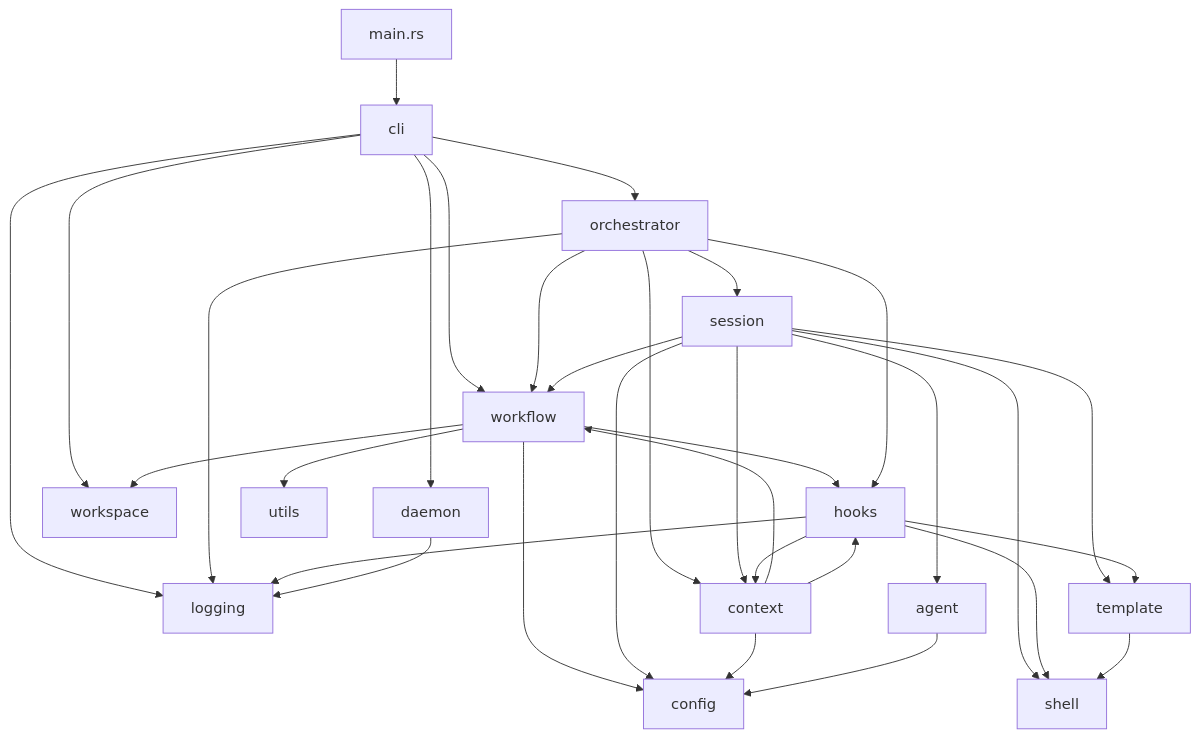
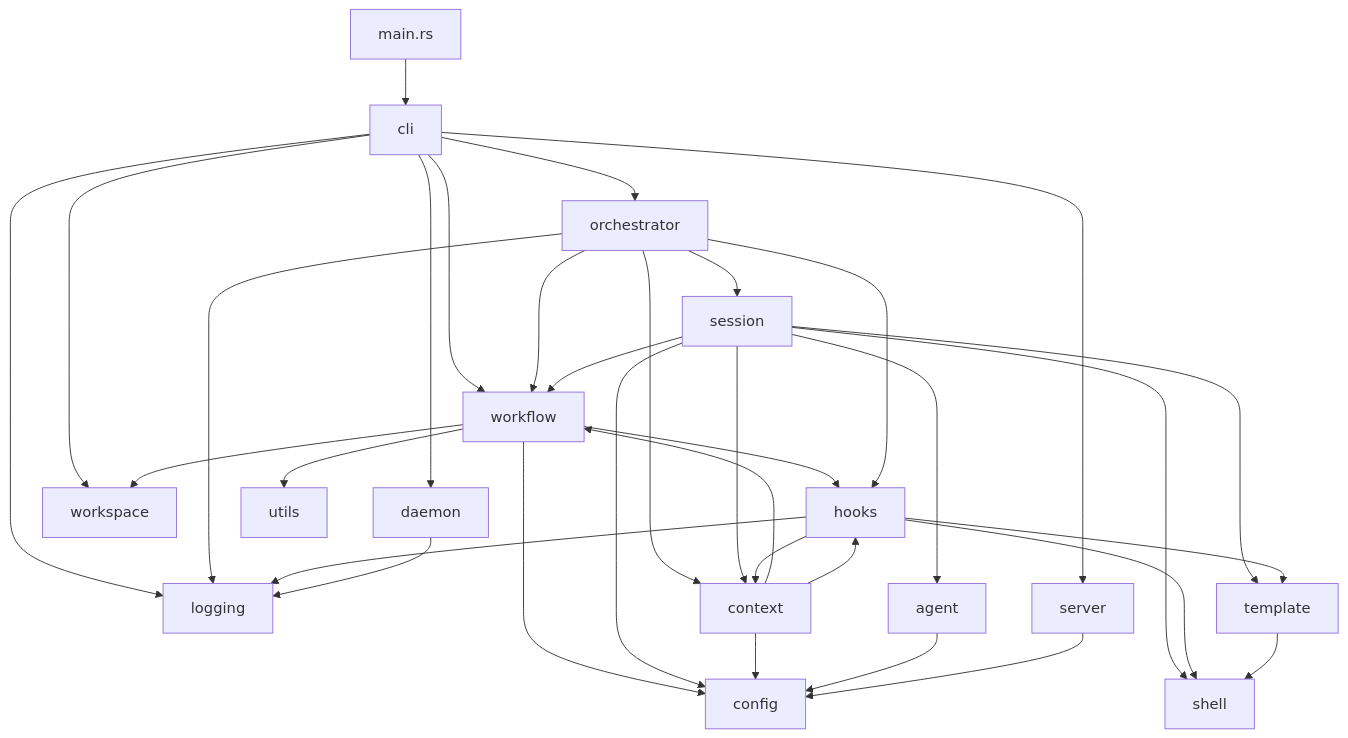
One commit to yii-labs/vik changed the first of 2 diagrams in docs/development/architecture.md. Above: the diagram before and after it, drawn with Mermaid. The commit also changed other lines of this file and 19 other files, not shown here.

````diff
--- a/docs/development/architecture.md
+++ b/docs/development/architecture.md
@@ -49,40 +50,42 @@
 ```mermaid
 graph TD
     main[main.rs] --> cli[cli]
     cli --> workflow[workflow]
     cli --> daemon[daemon]
     cli --> logging[logging]
     cli --> orchestrator[orchestrator]
+    cli --> server[server]
     cli --> workspace[workspace]
 
     workflow --> config[config]
     workflow --> hooks[hooks]
     workflow --> workspace
     workflow --> utils[utils]
 
     orchestrator --> workflow
     orchestrator --> session[session]
     orchestrator --> hooks
     orchestrator --> context[context]
     orchestrator --> logging
 
     session --> agent[agent]
     session --> config
     session --> context
     session --> shell[shell]
     session --> template[template]
     session --> workflow
 
     context --> workflow
     context --> config
     context --> hooks
 
     hooks --> context
     hooks --> logging
     hooks --> shell
     hooks --> template
 
     agent --> config
     template --> shell
     daemon --> logging
+    server --> config
 ```
````
